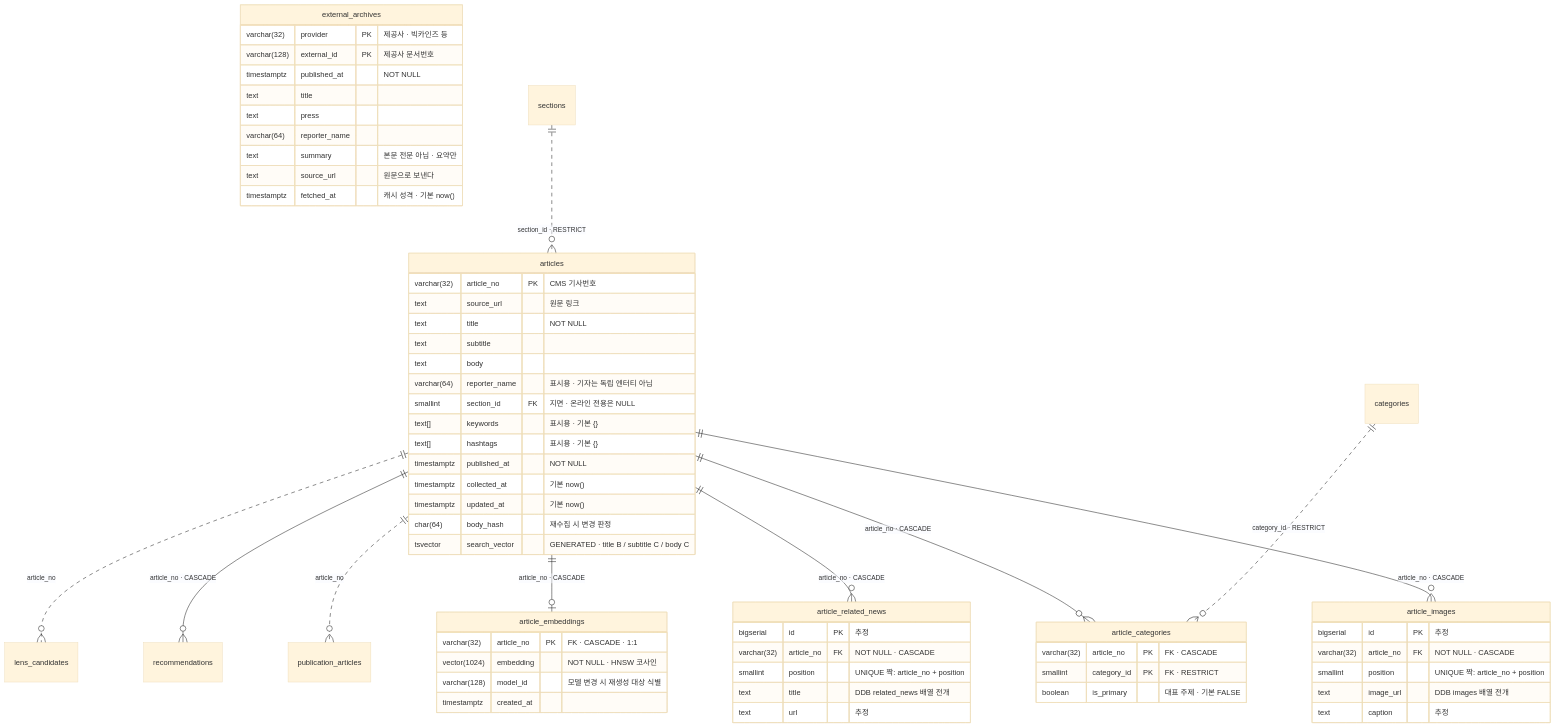
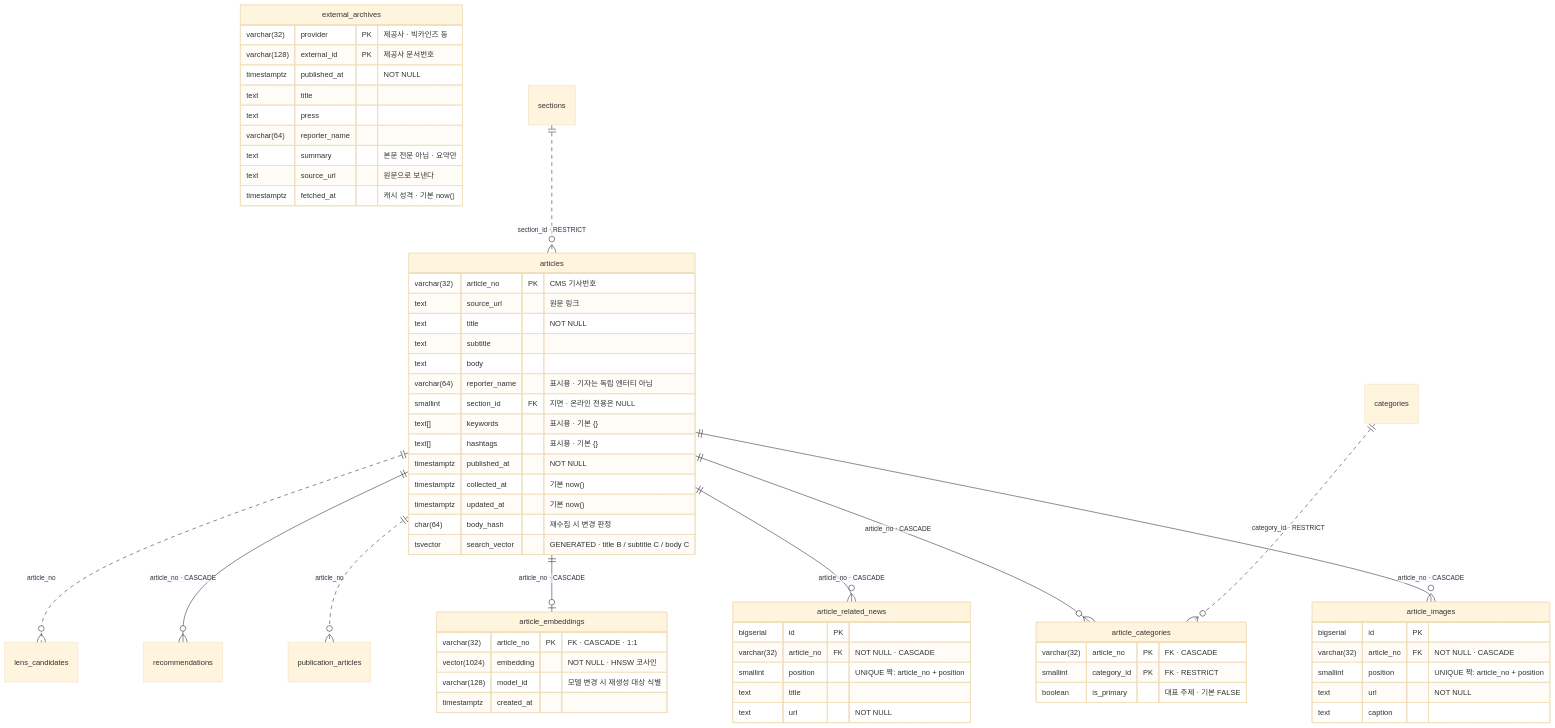
One commit to sedaily-ai/AILENS changed the diagram in docs/architecture/lens-erd-src/03-articles.mmd. Above: the diagram before and after it, drawn with Mermaid (base theme). The commit also changed 14 other files, not shown here.

First line of the commit message:
docs(db): 원본 lens_schema.sql 확보 후 ERD 전체 대조·정정

```diff
--- a/docs/architecture/lens-erd-src/03-articles.mmd
+++ b/docs/architecture/lens-erd-src/03-articles.mmd
@@ -1,63 +1,63 @@
 erDiagram
   articles {
     varchar(32) article_no PK "CMS 기사번호"
     text source_url "원문 링크"
     text title "NOT NULL"
     text subtitle
     text body
     varchar(64) reporter_name "표시용 · 기자는 독립 엔터티 아님"
     smallint section_id FK "지면 · 온라인 전용은 NULL"
     text[] keywords "표시용 · 기본 {}"
     text[] hashtags "표시용 · 기본 {}"
     timestamptz published_at "NOT NULL"
     timestamptz collected_at "기본 now()"
     timestamptz updated_at "기본 now()"
     char(64) body_hash "재수집 시 변경 판정"
     tsvector search_vector "GENERATED · title B / subtitle C / body C"
   }
   article_images {
-    bigserial id PK "추정"
+    bigserial id PK
     varchar(32) article_no FK "NOT NULL · CASCADE"
     smallint position "UNIQUE 짝: article_no + position"
-    text image_url "DDB images 배열 전개"
-    text caption "추정"
+    text url "NOT NULL"
+    text caption
   }
   article_related_news {
-    bigserial id PK "추정"
+    bigserial id PK
     varchar(32) article_no FK "NOT NULL · CASCADE"
     smallint position "UNIQUE 짝: article_no + position"
-    text title "DDB related_news 배열 전개"
-    text url "추정"
+    text title
+    text url "NOT NULL"
   }
   article_categories {
     varchar(32) article_no PK "FK · CASCADE"
     smallint category_id PK "FK · RESTRICT"
     boolean is_primary "대표 주제 · 기본 FALSE"
   }
   article_embeddings {
     varchar(32) article_no PK "FK · CASCADE · 1:1"
     vector(1024) embedding "NOT NULL · HNSW 코사인"
     varchar(128) model_id "모델 변경 시 재생성 대상 식별"
     timestamptz created_at
   }
   external_archives {
     varchar(32) provider PK "제공사 · 빅카인즈 등"
     varchar(128) external_id PK "제공사 문서번호"
     timestamptz published_at "NOT NULL"
     text title
     text press
     varchar(64) reporter_name
     text summary "본문 전문 아님 · 요약만"
     text source_url "원문으로 보낸다"
     timestamptz fetched_at "캐시 성격 · 기본 now()"
   }
 
   articles ||--o{ article_images : "article_no · CASCADE"
   articles ||--o{ article_related_news : "article_no · CASCADE"
   articles ||--o{ article_categories : "article_no · CASCADE"
   articles ||--o| article_embeddings : "article_no · CASCADE"
   articles ||..o{ publication_articles : "article_no"
   articles ||--o{ recommendations : "article_no · CASCADE"
   articles ||..o{ lens_candidates : "article_no"
   sections ||..o{ articles : "section_id · RESTRICT"
   categories ||..o{ article_categories : "category_id · RESTRICT"
```
